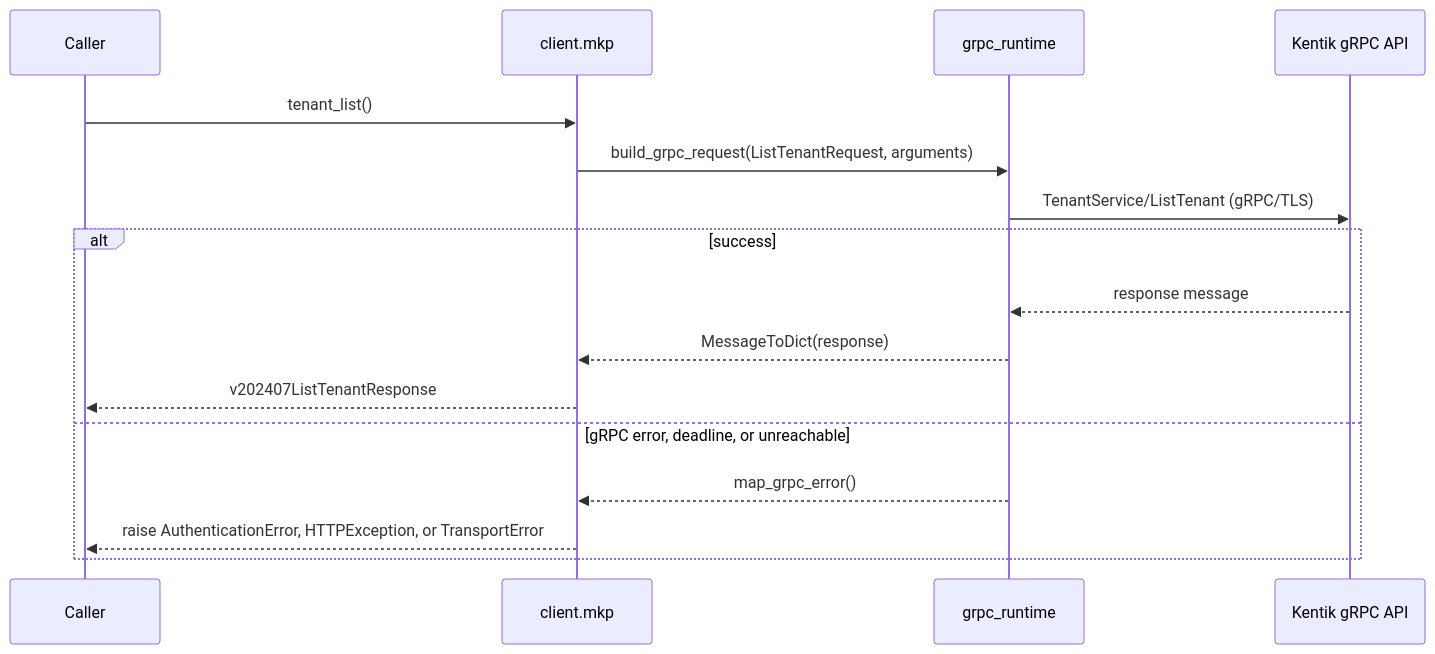
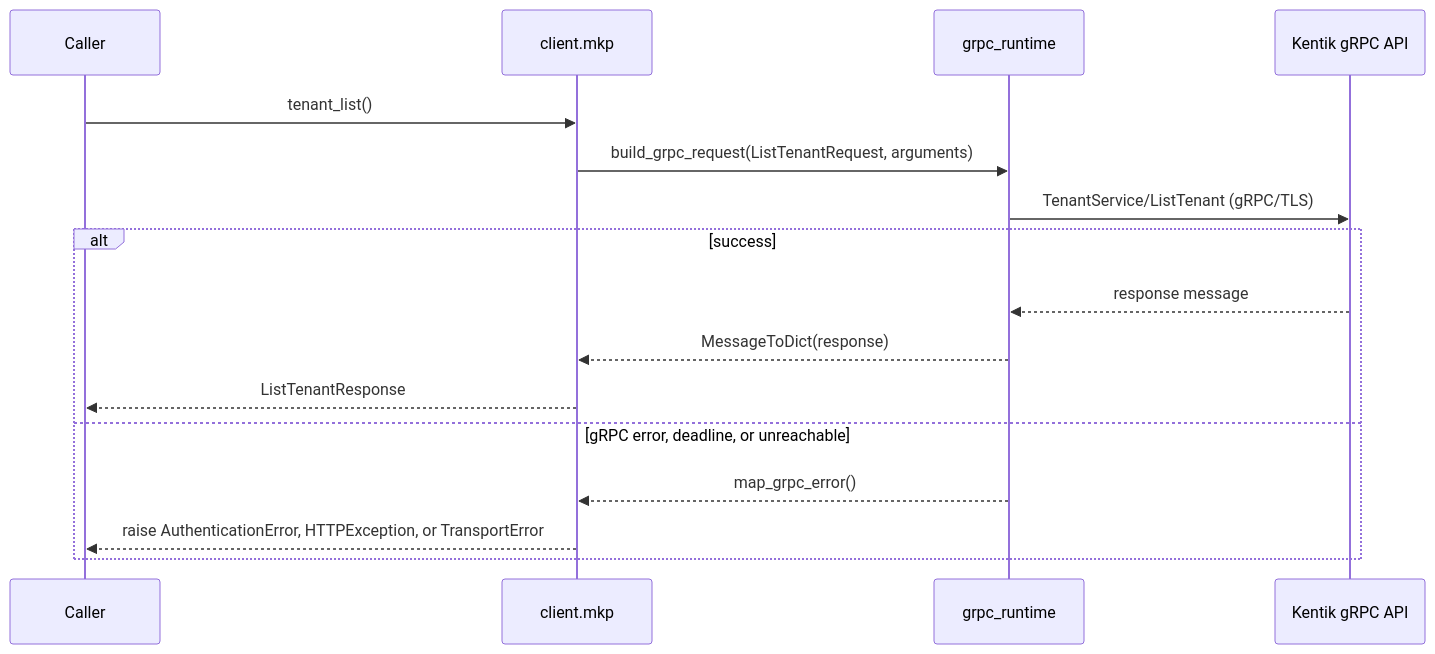
Diagram 13 of 30 in docs/sphinx/services/mkp.md (alexdearaujo/community_sdk_python), drawn with Mermaid before and after one commit. The commit also changed other lines of this file and 38 other files, not shown here.

````diff
--- a/docs/sphinx/services/mkp.md
+++ b/docs/sphinx/services/mkp.md
@@ -435,19 +435,19 @@
 ```mermaid
 sequenceDiagram
     participant C as Caller
     participant W as client.mkp
     participant R as grpc_runtime
     participant API as Kentik gRPC API
 
     C->>W: tenant_list()
     W->>R: build_grpc_request(ListTenantRequest, arguments)
     R->>API: TenantService/ListTenant (gRPC/TLS)
     alt success
         API-->>R: response message
         R-->>W: MessageToDict(response)
-        W-->>C: v202407ListTenantResponse
+        W-->>C: ListTenantResponse
     else gRPC error, deadline, or unreachable
         R-->>W: map_grpc_error()
         W-->>C: raise AuthenticationError, HTTPException, or TransportError
     end
 ```
````
